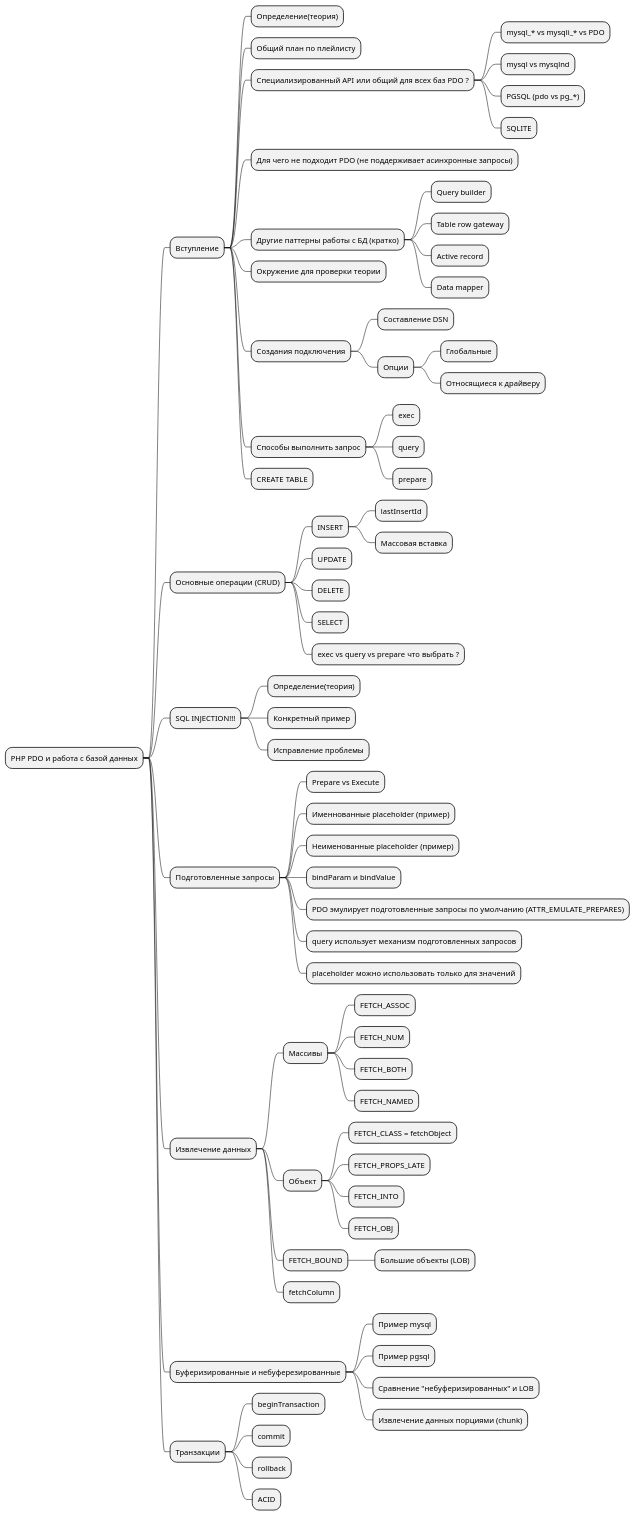
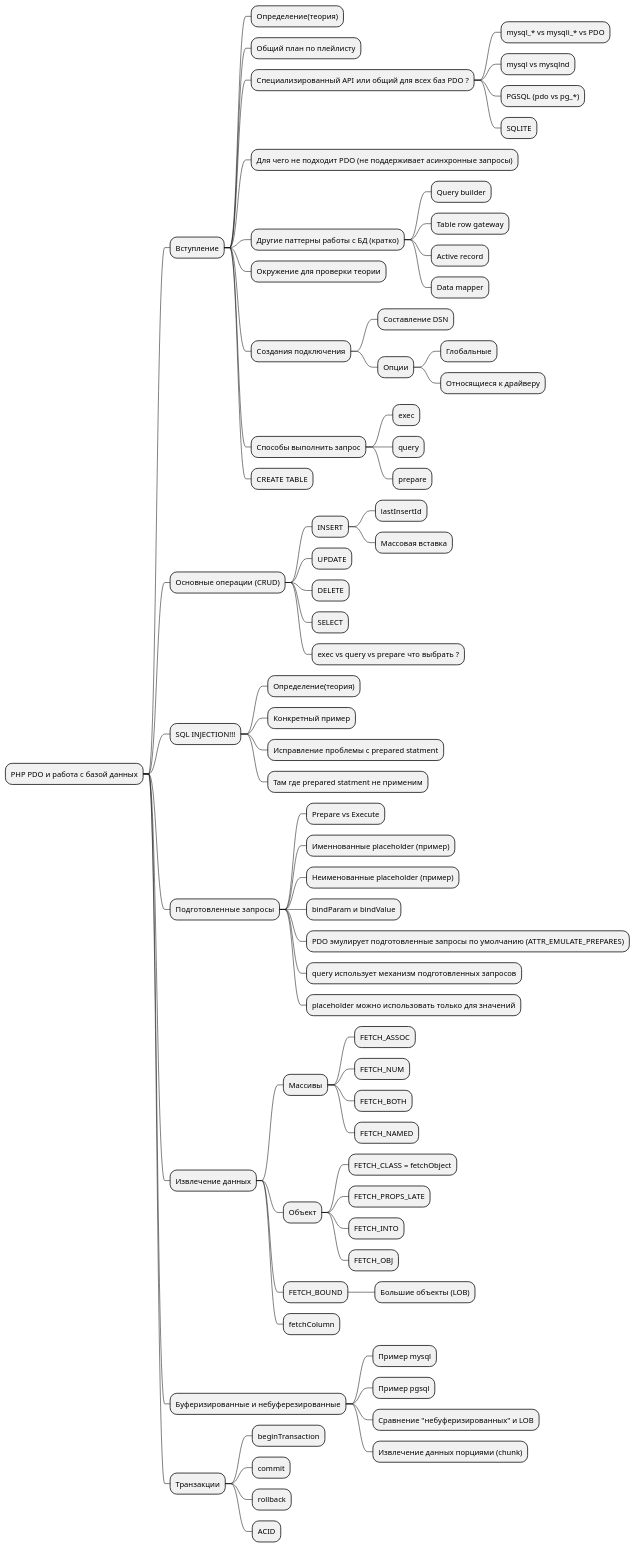
Before and after one commit to smpl/youtube: the diagram in pdo/plan.puml, drawn with PlantUML. The commit also changed 2 other files, not shown here.

```diff
--- a/pdo/plan.puml
+++ b/pdo/plan.puml
@@ -1,80 +1,81 @@
 @startmindmap
 * PHP PDO и работа с базой данных
 ** Вступление
 *** Определение(теория)
 *** Общий план по плейлисту
 *** Специализированный API или общий для всех баз PDO ?
 **** mysql_* vs mysqli_* vs PDO
 **** mysql vs mysqlnd
 **** PGSQL (pdo vs pg_*)
 **** SQLITE
 *** Для чего не подходит PDO (не поддерживает асинхронные запросы)
 *** Другие паттерны работы с БД (кратко)
 **** Query builder
 **** Table row gateway
 **** Active record
 **** Data mapper
 *** Окружение для проверки теории
 *** Создания подключения
 **** Составление DSN
 **** Опции
 ***** Глобальные
 ***** Относящиеся к драйверу
 *** Cпособы выполнить запрос
 **** exec
 **** query
 **** prepare
 *** CREATE TABLE
 
 ** Основные операции (CRUD)
 
 *** INSERT
 **** lastInsertId
 **** Массовая вставка
 *** UPDATE
 *** DELETE
 *** SELECT
 *** exec vs query vs prepare что выбрать ?
 
 ** SQL INJECTION!!!
 *** Определение(теория)
 *** Конкретный пример
-*** Исправление проблемы
+*** Исправление проблемы с prepared statment
+*** Там где prepared statment не применим
 
 ** Подготовленные  запросы
 *** Prepare vs Execute
 *** Именнованные placeholder (пример)
 *** Неименованные placeholder (пример)
 *** bindParam и bindValue
 *** PDO эмулирует подготовленные запросы по умолчанию (ATTR_EMULATE_PREPARES)
 *** query использует механизм подготовленных запросов
 *** placeholder можно использовать только для значений
 
 ** Извлечение данных
 *** Массивы
 **** FETCH_ASSOC
 **** FETCH_NUM
 **** FETCH_BOTH
 **** FETCH_NAMED
 *** Объект
 **** FETCH_CLASS = fetchObject
 **** FETCH_PROPS_LATE
 **** FETCH_INTO
 **** FETCH_OBJ
 *** FETCH_BOUND
 **** Большие объекты (LOB)
 *** fetchColumn
 
 ** Буферизированные и небуферезированные
 *** Пример mysql
 *** Пример pgsql
 *** Сравнение "небуферизированных" и LOB
 *** Извлечение данных порциями (chunk)
 
 ** Транзакции
 *** beginTransaction
 *** commit
 *** rollback
 *** ACID
 
 @endmindmap
```
